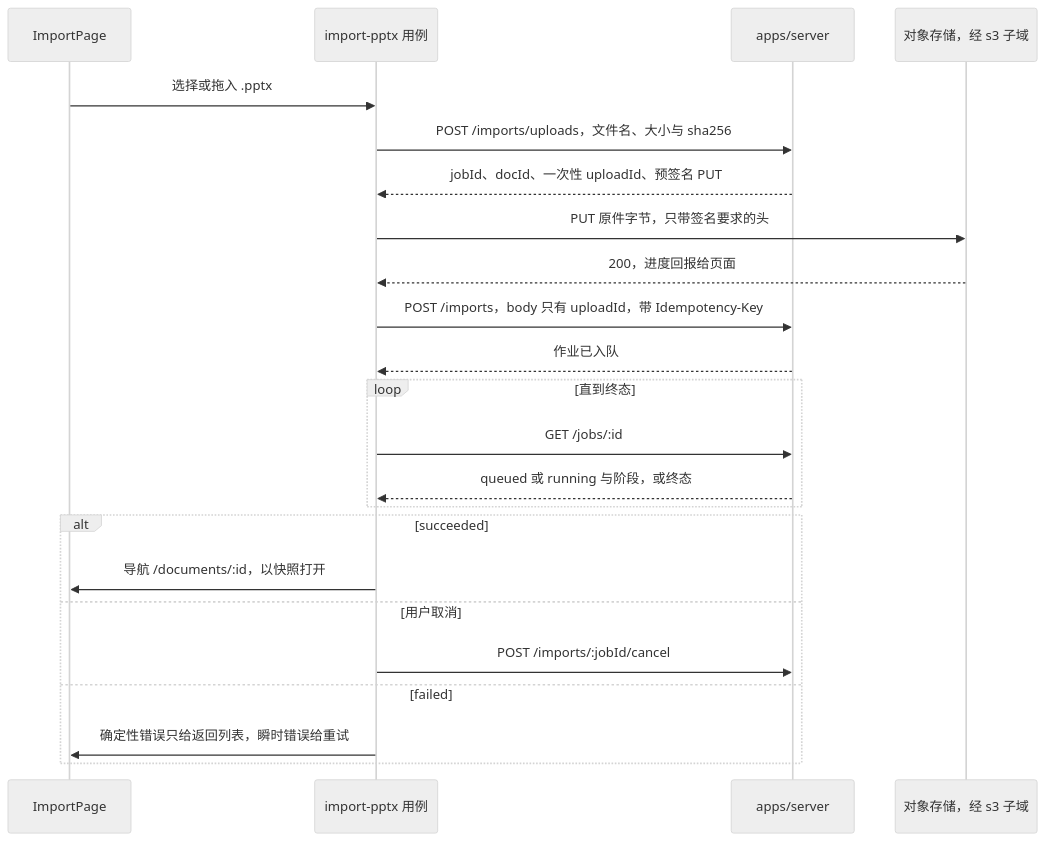
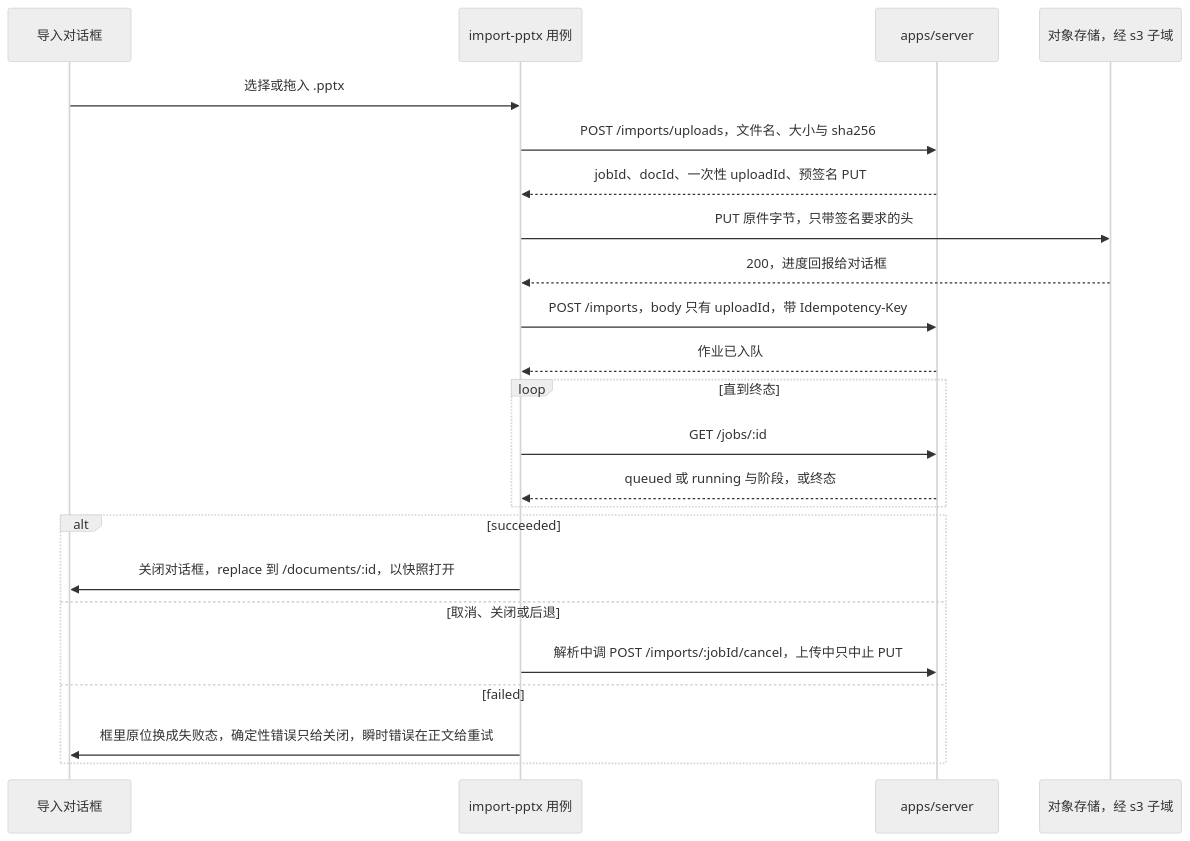
One commit to Xeonice/cordis-ppt-editor changed the sixth of 9 diagrams in docs/50-frontend/02-app-shell-routing-and-session.md. Above: the diagram before and after it, drawn with Mermaid (neutral theme). The commit also changed other lines of this file and 25 other files, not shown here.

````diff
--- a/docs/50-frontend/02-app-shell-routing-and-session.md
+++ b/docs/50-frontend/02-app-shell-routing-and-session.md
@@ -346,25 +362,25 @@
 ```mermaid
 sequenceDiagram
-  participant page as ImportPage
+  participant page as 导入对话框
   participant uc as import-pptx 用例
   participant api as apps/server
   participant s3 as 对象存储，经 s3 子域
   page->>uc: 选择或拖入 .pptx
   uc->>api: POST /imports/uploads，文件名、大小与 sha256
   api-->>uc: jobId、docId、一次性 uploadId、预签名 PUT
   uc->>s3: PUT 原件字节，只带签名要求的头
-  s3-->>uc: 200，进度回报给页面
+  s3-->>uc: 200，进度回报给对话框
   uc->>api: POST /imports，body 只有 uploadId，带 Idempotency-Key
   api-->>uc: 作业已入队
   loop 直到终态
     uc->>api: GET /jobs/:id
     api-->>uc: queued 或 running 与阶段，或终态
   end
   alt succeeded
-    uc->>page: 导航 /documents/:id，以快照打开
-  else 用户取消
-    uc->>api: POST /imports/:jobId/cancel
+    uc->>page: 关闭对话框，replace 到 /documents/:id，以快照打开
+  else 取消、关闭或后退
+    uc->>api: 解析中调 POST /imports/:jobId/cancel，上传中只中止 PUT
   else failed
-    uc->>page: 确定性错误只给返回列表，瞬时错误给重试
+    uc->>page: 框里原位换成失败态，确定性错误只给关闭，瞬时错误在正文给重试
   end
 ```
````
